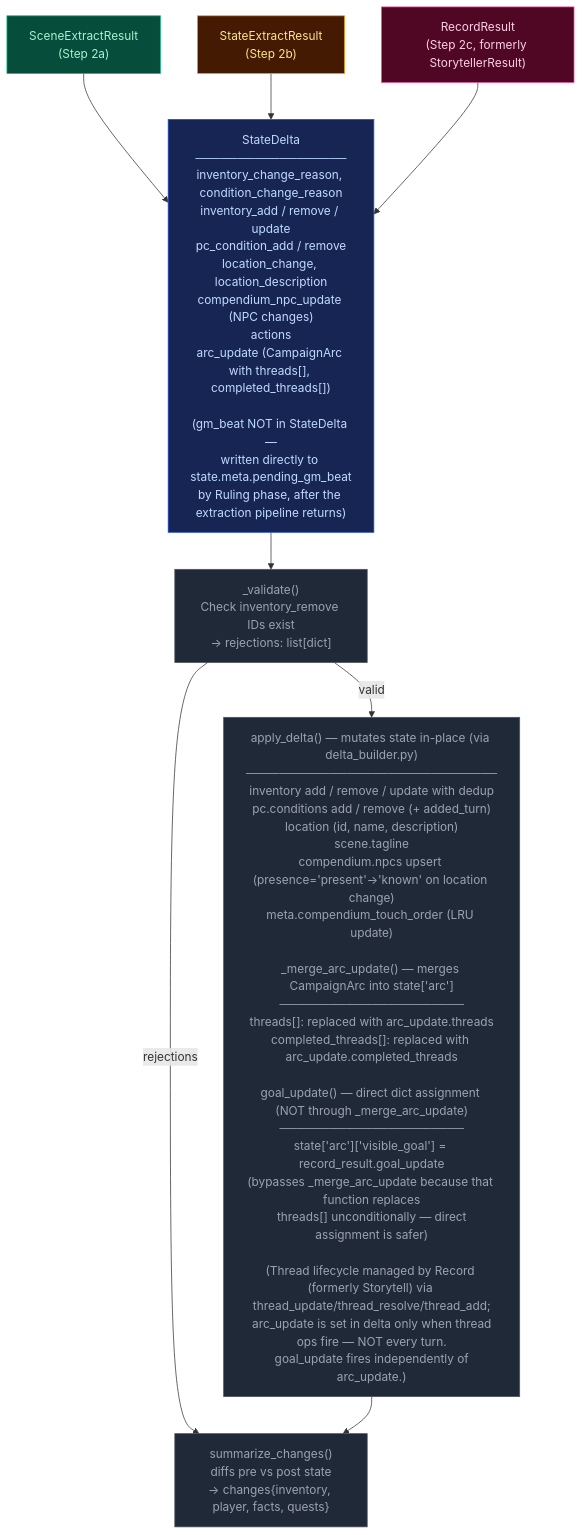
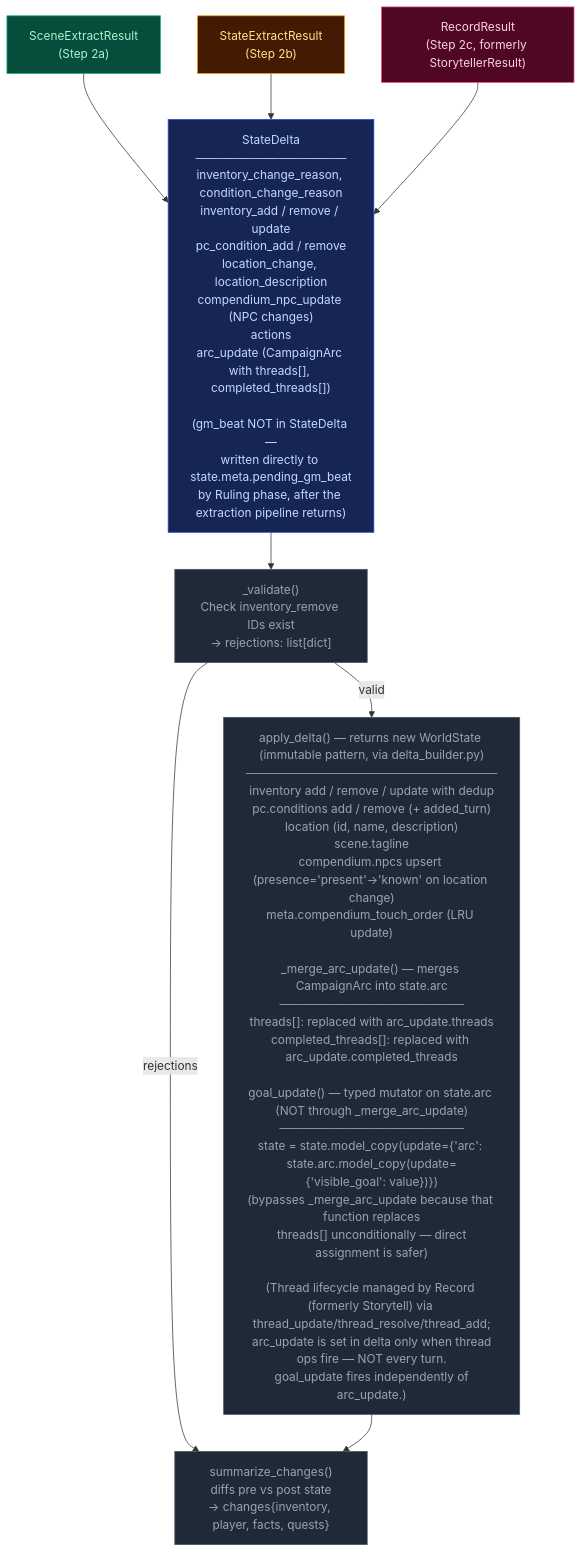
One commit to pww217/fablethread changed the diagram in docs/architecture/delta-validate.md. Above: the diagram before and after it, drawn with Mermaid. The commit also changed 63 other files, not shown here.

First line of the commit message:
I-17: WorldState model migration (Phases 01-05) (#9)

````diff
--- a/docs/architecture/delta-validate.md
+++ b/docs/architecture/delta-validate.md
@@ -7,28 +7,28 @@
 ```mermaid
 flowchart TD
     classDef stageScene    fill:#064e3b,color:#a7f3d0,stroke:#10b981
     classDef stageState    fill:#451a03,color:#fde68a,stroke:#f59e0b
     classDef stageProgress fill:#500724,color:#fbcfe8,stroke:#ec4899
     classDef pyNode        fill:#1f2937,color:#9ca3af,stroke:#4b5563
     classDef mergeNode     fill:#172554,color:#bfdbfe,stroke:#1d4ed8
 
     SR1["SceneExtractResult<br>(Step 2a)"]:::stageScene
     SR2["StateExtractResult<br>(Step 2b)"]:::stageState
     SR3["RecordResult<br>(Step 2c, formerly StorytellerResult)"]:::stageProgress
 
     MERGE["StateDelta<br>──────────────────<br>inventory_change_reason, condition_change_reason<br>inventory_add / remove / update<br>pc_condition_add / remove<br>location_change, location_description<br>compendium_npc_update (NPC changes)<br>actions<br>arc_update (CampaignArc with threads[], completed_threads[])<br><br>(gm_beat NOT in StateDelta —<br>written directly to state.meta.pending_gm_beat<br>by Ruling phase, after the extraction pipeline returns)"]:::mergeNode
 
     VALIDATE["_validate()<br>Check inventory_remove IDs exist<br>→ rejections: list[dict]"]:::pyNode
 
-    APPLY["apply_delta() — mutates state in-place (via delta_builder.py)<br>──────────────────────────────<br>inventory add / remove / update with dedup<br>pc.conditions add / remove (+ added_turn)<br>location (id, name, description)<br>scene.tagline<br>compendium.npcs upsert (presence='present'→'known' on location change)<br>meta.compendium_touch_order (LRU update)<br><br>_merge_arc_update() — merges CampaignArc into state['arc']<br>──────────────────────<br>threads[]: replaced with arc_update.threads<br>completed_threads[]: replaced with arc_update.completed_threads<br><br>goal_update() — direct dict assignment (NOT through _merge_arc_update)<br>──────────────────────<br>state['arc']['visible_goal'] = record_result.goal_update<br>(bypasses _merge_arc_update because that function replaces<br> threads[] unconditionally — direct assignment is safer)<br><br>(Thread lifecycle managed by Record (formerly Storytell) via thread_update/thread_resolve/thread_add;<br> arc_update is set in delta only when thread ops fire — NOT every turn.<br> goal_update fires independently of arc_update.)"]:::pyNode
+    APPLY["apply_delta() — returns new WorldState (immutable pattern, via delta_builder.py)<br>──────────────────────────────<br>inventory add / remove / update with dedup<br>pc.conditions add / remove (+ added_turn)<br>location (id, name, description)<br>scene.tagline<br>compendium.npcs upsert (presence='present'→'known' on location change)<br>meta.compendium_touch_order (LRU update)<br><br>_merge_arc_update() — merges CampaignArc into state.arc<br>──────────────────────<br>threads[]: replaced with arc_update.threads<br>completed_threads[]: replaced with arc_update.completed_threads<br><br>goal_update() — typed mutator on state.arc (NOT through _merge_arc_update)<br>──────────────────────<br>state = state.model_copy(update={'arc': state.arc.model_copy(update={'visible_goal': value})})<br>(bypasses _merge_arc_update because that function replaces<br> threads[] unconditionally — direct assignment is safer)<br><br>(Thread lifecycle managed by Record (formerly Storytell) via thread_update/thread_resolve/thread_add;<br> arc_update is set in delta only when thread ops fire — NOT every turn.<br> goal_update fires independently of arc_update.)"]:::pyNode
 
     DIFF["summarize_changes()<br>diffs pre vs post state<br>→ changes{inventory, player, facts, quests}"]:::pyNode
 
     SR1 --> MERGE
     SR2 --> MERGE
     SR3 --> MERGE
     MERGE --> VALIDATE
     VALIDATE -- "valid" --> APPLY
     VALIDATE -- "rejections" --> DIFF
     APPLY --> DIFF
 ```
````
